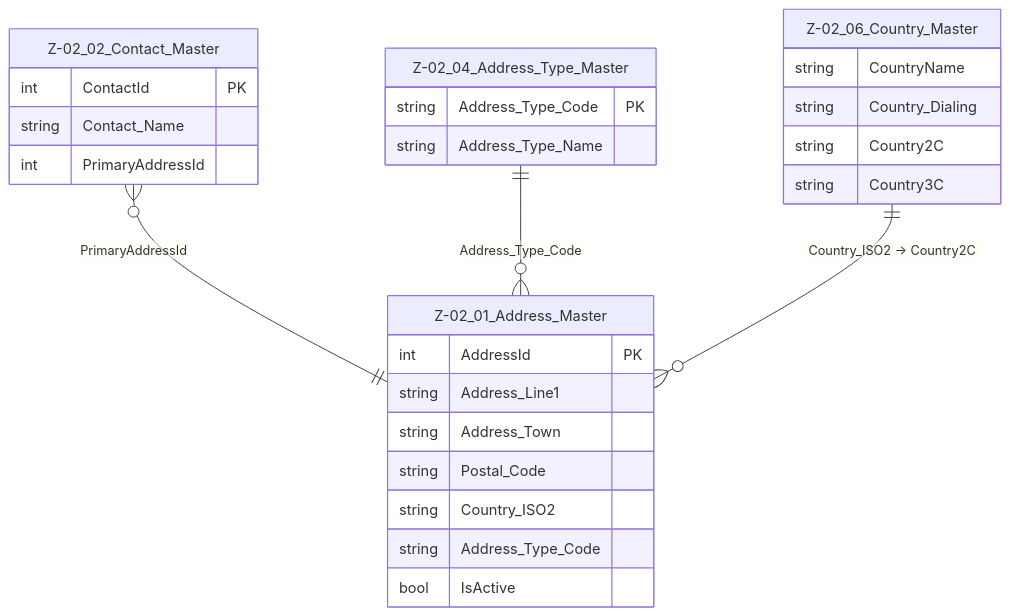
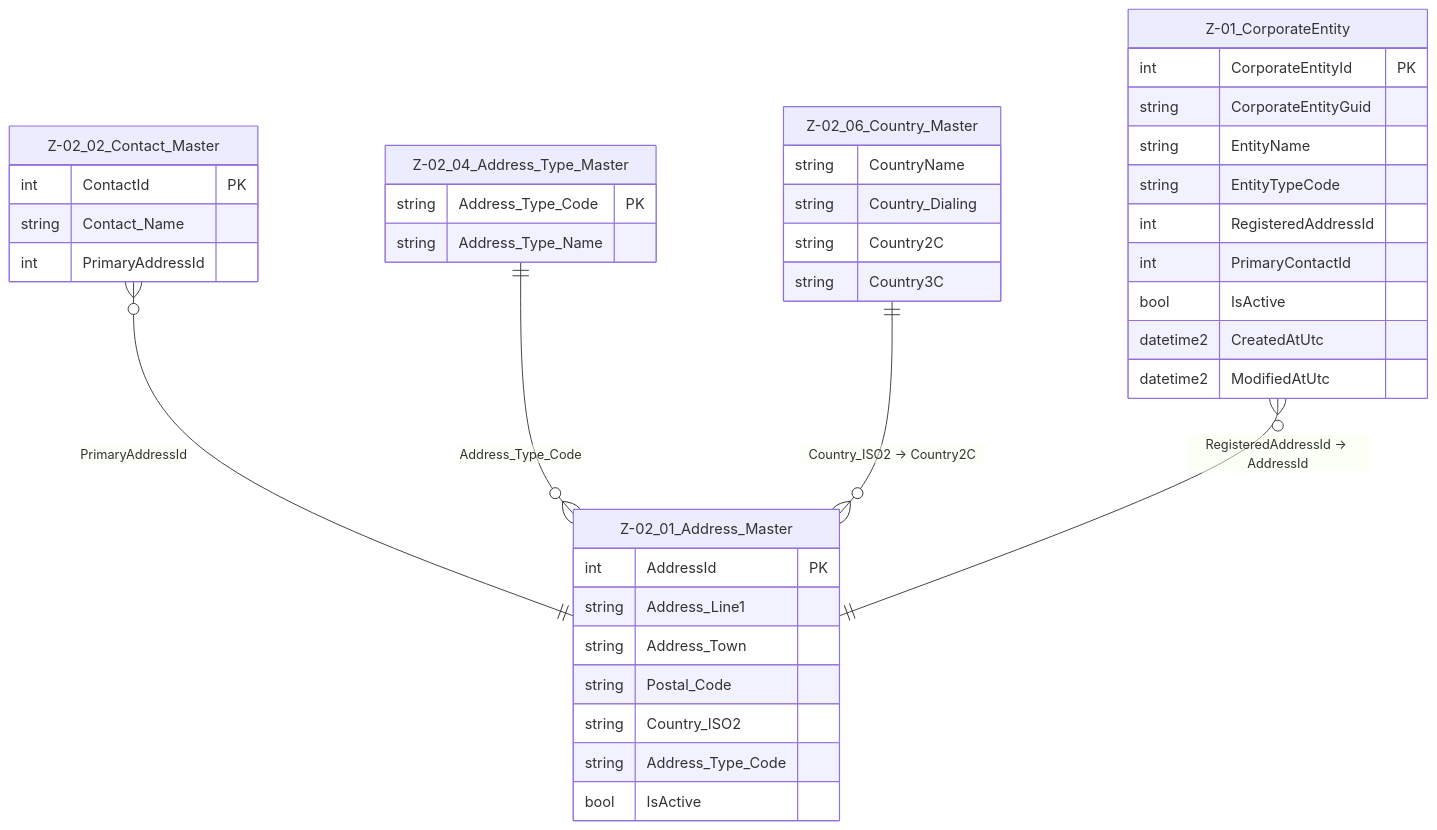
One commit to NeilWP/SUSTINA_CAB changed the diagram in 100 DATA MODELLING/Z- Data Entites/Z-02 Address_and_Contacts/Z-02.01 Address_Master.md. Above: the diagram before and after it, drawn with Mermaid. The commit also changed 2 other files, not shown here.

Commit message:
Deep dive into addresses and contacts

````diff
--- a/100 DATA MODELLING/Z- Data Entites/Z-02 Address_and_Contacts/Z-02.01 Address_Master.md
+++ b/100 DATA MODELLING/Z- Data Entites/Z-02 Address_and_Contacts/Z-02.01 Address_Master.md
@@ -33,36 +33,57 @@
 ```mermaid
 erDiagram
+    %% =========================================
+    %% Z-01 CORPORATE ENTITY
+    %% =========================================
+    Z-01_CorporateEntity {
+        int CorporateEntityId PK
+        string CorporateEntityGuid
+        string EntityName
+        string EntityTypeCode
+        int RegisteredAddressId
+        int PrimaryContactId
+        bool IsActive
+        datetime2 CreatedAtUtc
+        datetime2 ModifiedAtUtc
+    }
+
     Z-02_01_Address_Master {
         int AddressId PK
         string Address_Line1
         string Address_Town
         string Postal_Code
         string Country_ISO2
         string Address_Type_Code
         bool IsActive
     }
 
     Z-02_04_Address_Type_Master {
         string Address_Type_Code PK
         string Address_Type_Name
     }
 
     Z-02_06_Country_Master {
         string CountryName
         string Country_Dialing
         string Country2C
         string Country3C
     }
 
     Z-02_02_Contact_Master {
         int ContactId PK
         string Contact_Name
         int PrimaryAddressId
     }
 
-    %% Relationships
+    %% =========================================
+    %% LOGICAL RELATIONSHIPS (NO PHYSICAL FKs)
+    %% =========================================
+
     Z-02_02_Contact_Master }o--|| Z-02_01_Address_Master : "PrimaryAddressId"
     Z-02_04_Address_Type_Master ||--o{ Z-02_01_Address_Master : "Address_Type_Code"
     Z-02_06_Country_Master ||--o{ Z-02_01_Address_Master : "Country_ISO2 → Country2C"
+    
+    %% Corporate Entity relationships
+    Z-01_CorporateEntity }o--|| Z-02_01_Address_Master : "RegisteredAddressId → AddressId"
 
 ```
````
